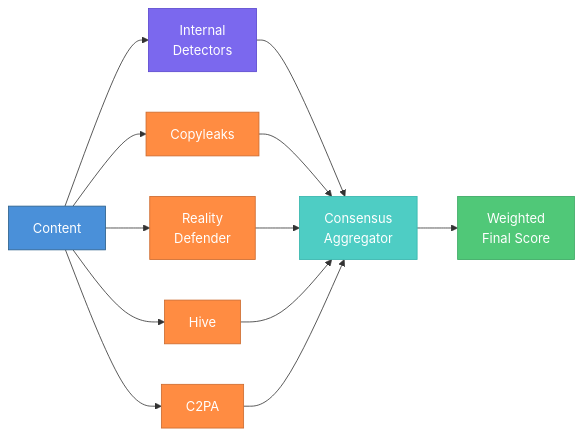
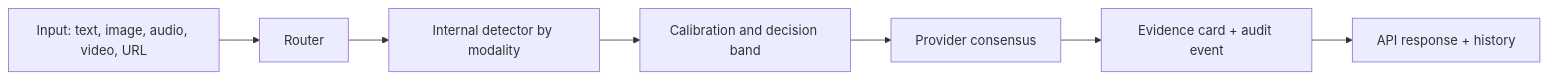
One commit to ogulcanaydogan/AI-Provenance-Tracker changed the first of 2 diagrams in README.md. Above: the diagram before and after it, drawn with Mermaid. The commit also changed other lines of this file, not shown here.

````diff
--- a/README.md
+++ b/README.md
@@ -187,23 +40,9 @@
 ```mermaid
-graph LR
-    A[Content] --> B[Internal<br/>Detectors]
-    A --> C[Copyleaks]
-    A --> D[Reality<br/>Defender]
-    A --> E[Hive]
-    A --> F[C2PA]
-    B --> G[Consensus<br/>Aggregator]
-    C --> G
-    D --> G
-    E --> G
-    F --> G
-    G --> H[Weighted<br/>Final Score]
-
-    style A fill:#4A90D9,stroke:#2C5F8A,color:#fff
-    style B fill:#7B68EE,stroke:#5B48CE,color:#fff
-    style C fill:#FF8C42,stroke:#CC6A2E,color:#fff
-    style D fill:#FF8C42,stroke:#CC6A2E,color:#fff
-    style E fill:#FF8C42,stroke:#CC6A2E,color:#fff
-    style F fill:#FF8C42,stroke:#CC6A2E,color:#fff
-    style G fill:#4ECDC4,stroke:#36B5AC,color:#fff
-    style H fill:#50C878,stroke:#3AA862,color:#fff
+flowchart LR
+    A[Input: text, image, audio, video, URL] --> B[Router]
+    B --> C[Internal detector by modality]
+    C --> D[Calibration and decision band]
+    D --> E[Provider consensus]
+    E --> F[Evidence card + audit event]
+    F --> G[API response + history]
 ```
````
